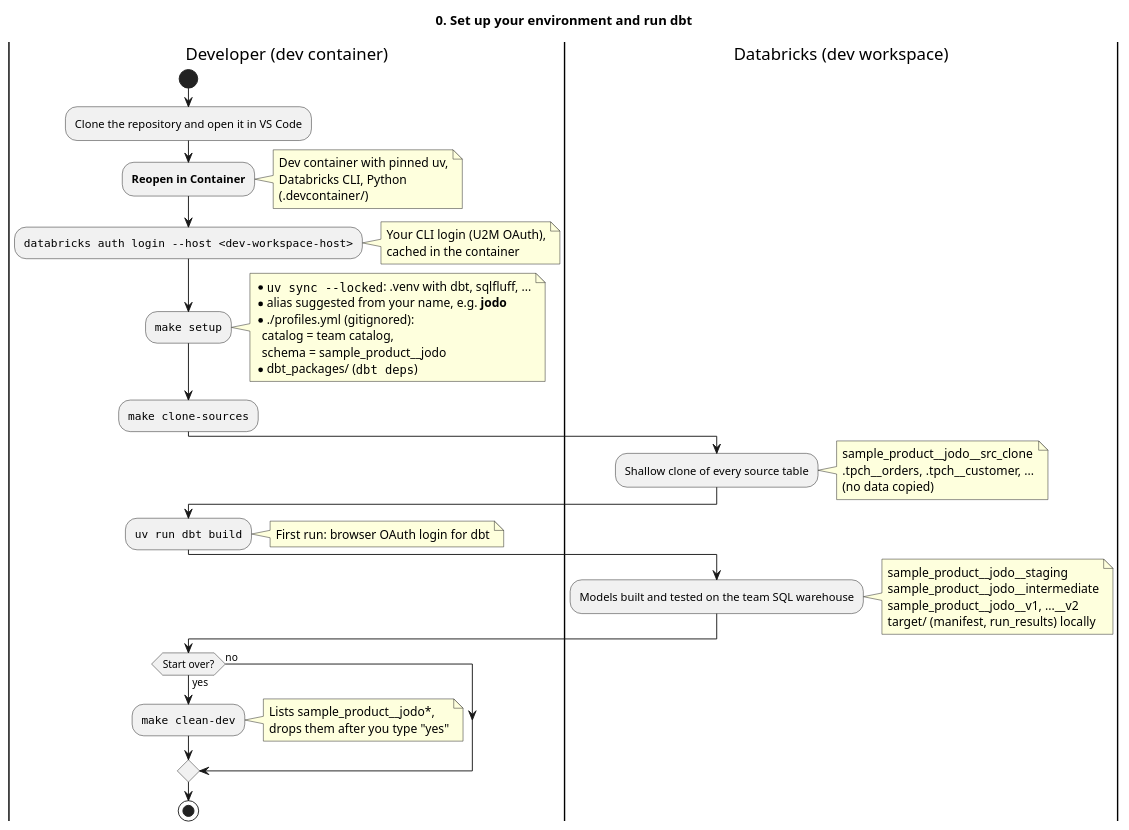
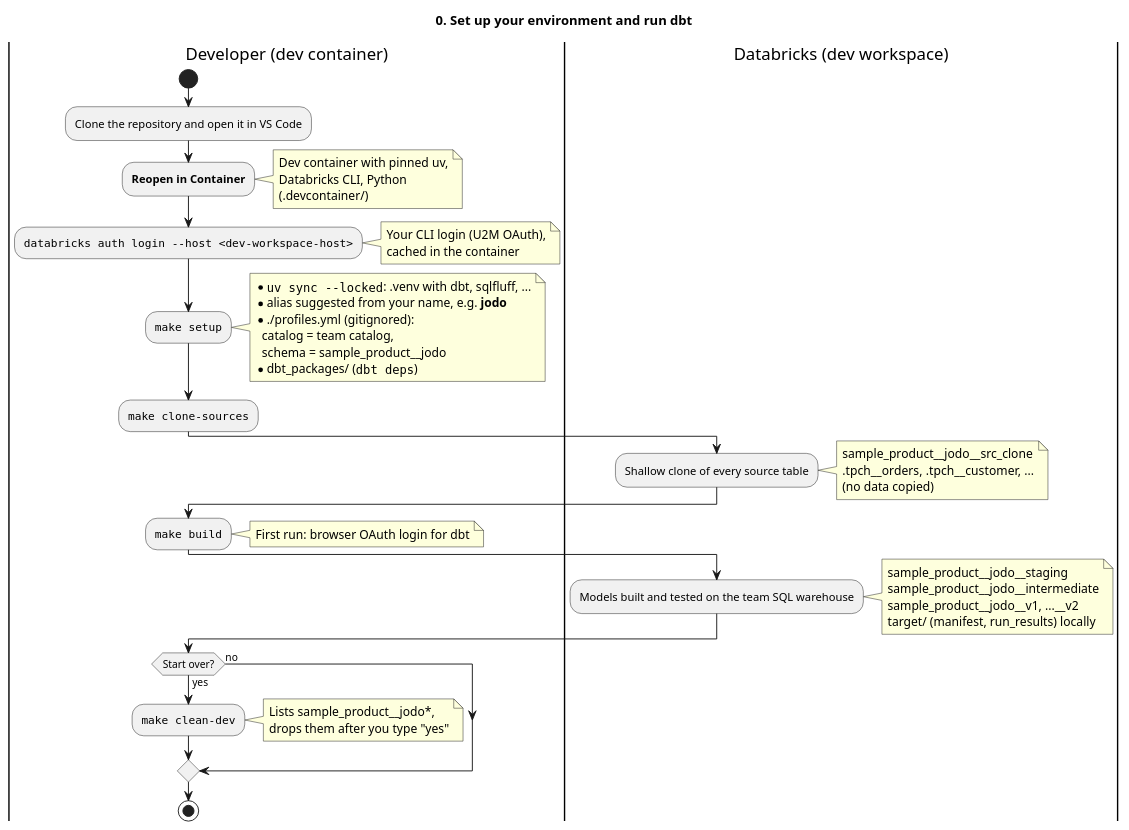
The diagram in docs/diagrams/workflow-0-setup.puml (PeterHenell/dbt-databricks-template), drawn with PlantUML before and after one commit. The commit also changed 23 other files, not shown here.

```diff
--- a/docs/diagrams/workflow-0-setup.puml
+++ b/docs/diagrams/workflow-0-setup.puml
@@ -1,58 +1,58 @@
 @startuml workflow-0-setup
 title 0. Set up your environment and run dbt
 
 |Developer (dev container)|
 start
 :Clone the repository and open it in VS Code;
 :**Reopen in Container**;
 note right
   Dev container with pinned uv,
   Databricks CLI, Python
   (.devcontainer/)
 end note
 :""databricks auth login ~--host <dev-workspace-host>"";
 note right
   Your CLI login (U2M OAuth),
   cached in the container
 end note
 :""make setup"";
 note right
   * ""uv sync ~--locked"": .venv with dbt, sqlfluff, ...
   * alias suggested from your name, e.g. **jodo**
   * ./profiles.yml (gitignored):
     catalog = team catalog,
     schema = sample_product~__jodo
   * dbt_packages/ (""dbt deps"")
 end note
 :""make clone-sources"";
 |Databricks (dev workspace)|
 :Shallow clone of every source table;
 note right
   sample_product~__jodo~__src_clone
   .tpch~__orders, .tpch~__customer, ...
   (no data copied)
 end note
 |Developer (dev container)|
-:""uv run dbt build"";
+:""make build"";
 note right
   First run: browser OAuth login for dbt
 end note
 |Databricks (dev workspace)|
 :Models built and tested on the team SQL warehouse;
 note right
   sample_product~__jodo~__staging
   sample_product~__jodo~__intermediate
   sample_product~__jodo~__v1, ...~__v2
   target/ (manifest, run_results) locally
 end note
 |Developer (dev container)|
 if (Start over?) then (yes)
   :""make clean-dev"";
   note right
     Lists sample_product~__jodo*,
     drops them after you type "yes"
   end note
 else (no)
 endif
 stop
 @enduml
```
